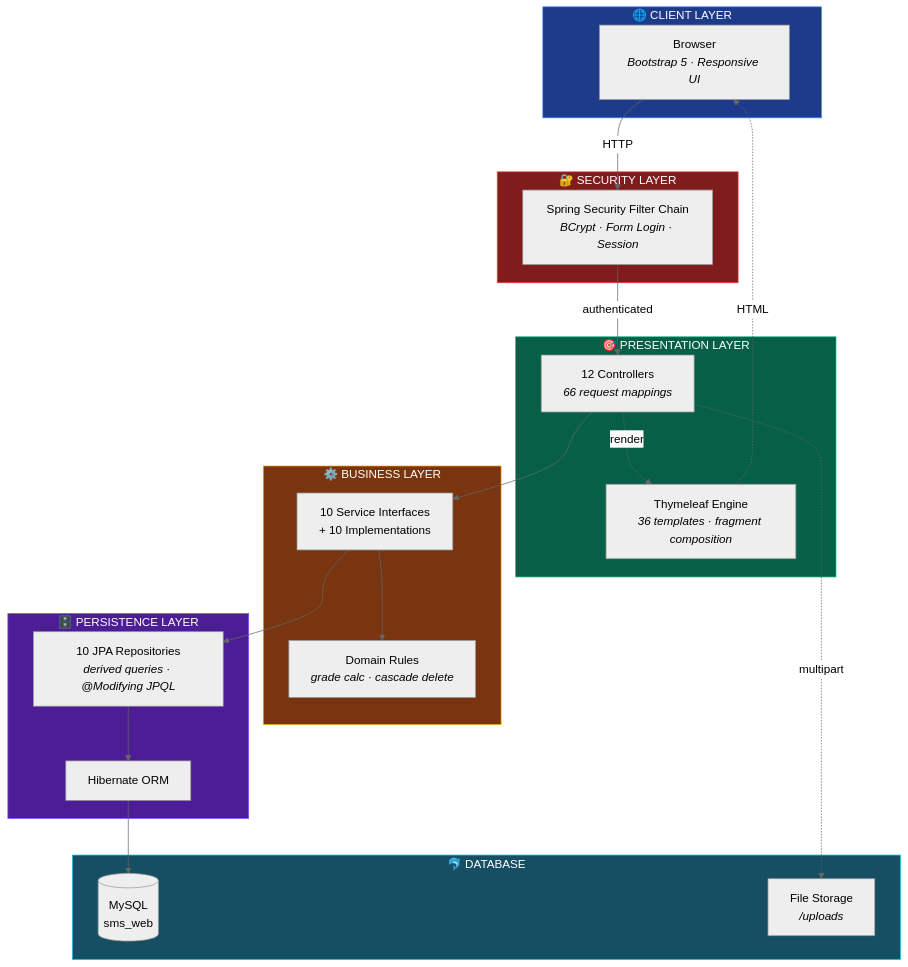
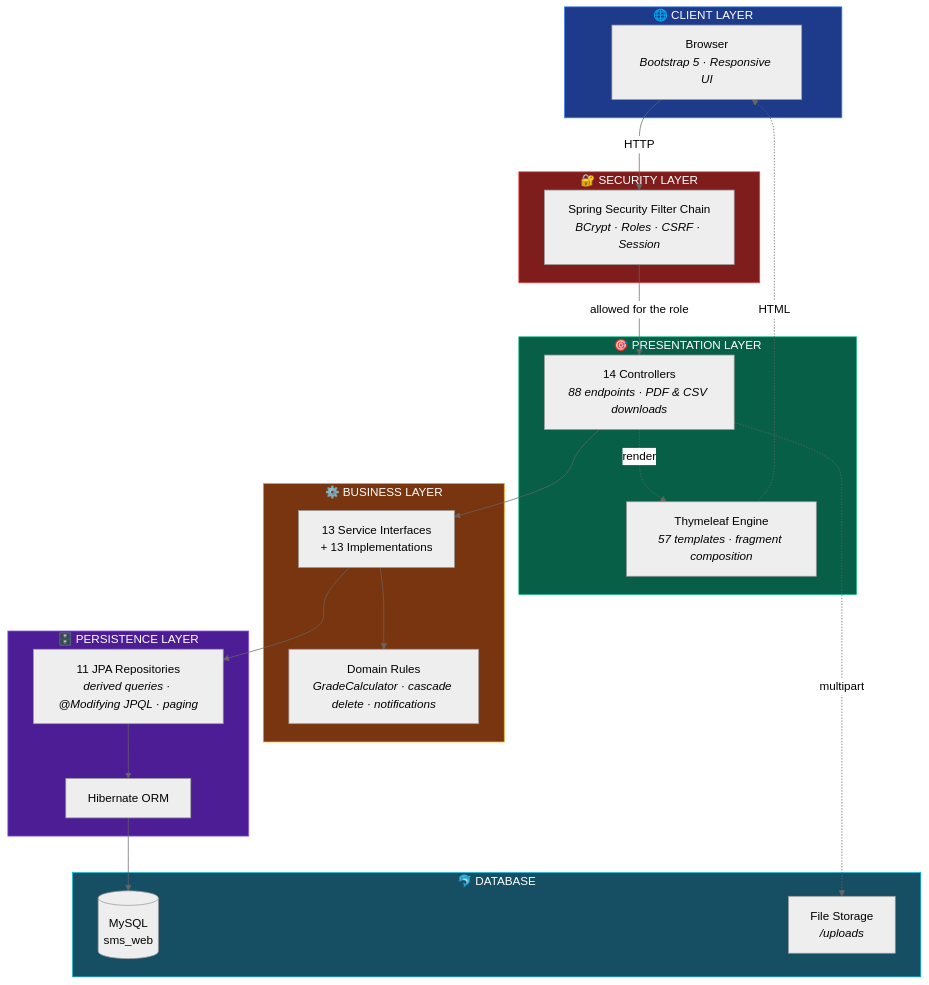
Before and after one commit to anurag-joshi-1403/StudentManagementSystem: the first of 5 diagrams in PROJECT_ROADMAP.md, drawn with Mermaid (neutral theme). The commit also changed other lines of this file and 59 other files, not shown here.

````diff
--- a/PROJECT_ROADMAP.md
+++ b/PROJECT_ROADMAP.md
@@ -114,48 +119,48 @@
 ```mermaid
 flowchart TD
     subgraph CL["🌐 CLIENT LAYER"]
         BR["Browser<br/><i>Bootstrap 5 · Responsive UI</i>"]
     end
 
     subgraph SEC["🔐 SECURITY LAYER"]
-        SF["Spring Security Filter Chain<br/><i>BCrypt · Form Login · Session</i>"]
+        SF["Spring Security Filter Chain<br/><i>BCrypt · Roles · CSRF · Session</i>"]
     end
 
     subgraph WEB["🎯 PRESENTATION LAYER"]
-        CT["12 Controllers<br/><i>66 request mappings</i>"]
-        TH["Thymeleaf Engine<br/><i>36 templates · fragment composition</i>"]
+        CT["14 Controllers<br/><i>88 endpoints · PDF & CSV downloads</i>"]
+        TH["Thymeleaf Engine<br/><i>57 templates · fragment composition</i>"]
     end
 
     subgraph BIZ["⚙️ BUSINESS LAYER"]
-        SV["10 Service Interfaces<br/>+ 10 Implementations"]
-        RL["Domain Rules<br/><i>grade calc · cascade delete</i>"]
+        SV["13 Service Interfaces<br/>+ 13 Implementations"]
+        RL["Domain Rules<br/><i>GradeCalculator · cascade delete · notifications</i>"]
     end
 
     subgraph DAT["🗄️ PERSISTENCE LAYER"]
-        RP["10 JPA Repositories<br/><i>derived queries · @Modifying JPQL</i>"]
+        RP["11 JPA Repositories<br/><i>derived queries · @Modifying JPQL · paging</i>"]
         HB["Hibernate ORM"]
     end
 
     subgraph DB["🐬 DATABASE"]
         MY[("MySQL<br/>sms_web")]
         FS["File Storage<br/><i>/uploads</i>"]
     end
 
     BR -->|HTTP| SF
-    SF -->|authenticated| CT
+    SF -->|allowed for the role| CT
     CT --> SV
     CT -.->|render| TH
     TH -.->|HTML| BR
     SV --> RL
     SV --> RP
     RP --> HB
     HB --> MY
     CT -.->|multipart| FS
 
     style CL fill:#1e3a8a,stroke:#3b82f6,color:#fff
     style SEC fill:#7f1d1d,stroke:#ef4444,color:#fff
     style WEB fill:#065f46,stroke:#10b981,color:#fff
     style BIZ fill:#78350f,stroke:#f59e0b,color:#fff
     style DAT fill:#4c1d95,stroke:#8b5cf6,color:#fff
     style DB fill:#164e63,stroke:#06b6d4,color:#fff
 ```
````
